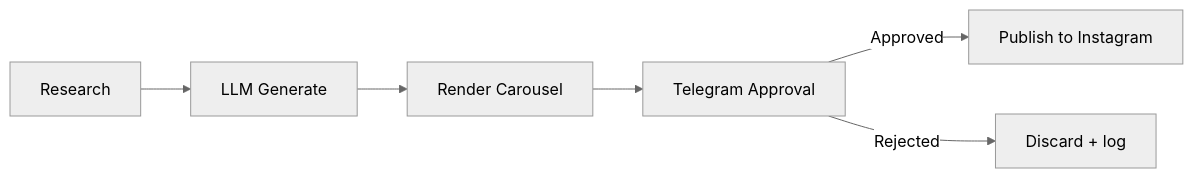
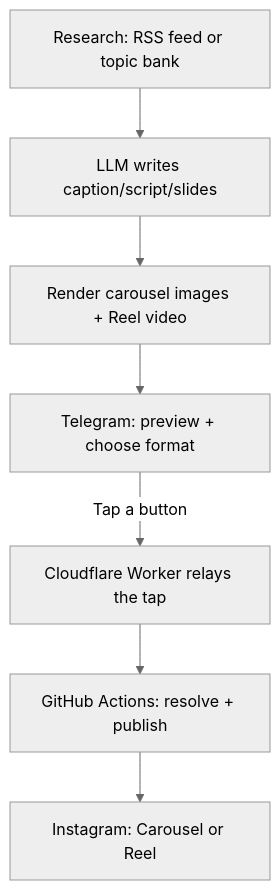
One commit to DNetwork-Services/SentinelPress changed the diagram in README.md. Above: the diagram before and after it, drawn with Mermaid (neutral theme). The commit also changed other lines of this file and 14 other files, not shown here.

````diff
--- a/README.md
+++ b/README.md
@@ -11,8 +22,9 @@
 ```mermaid
-flowchart LR
-    A[Research] --> B[LLM Generate]
-    B --> C[Render Carousel]
-    C --> D[Telegram Approval]
-    D -->|Approved| E[Publish to Instagram]
-    D -->|Rejected| F[Discard + log]
+flowchart TD
+    A[Research: RSS feed or topic bank] --> B[LLM writes caption/script/slides]
+    B --> C[Render carousel images + Reel video]
+    C --> D[Telegram: preview + choose format]
+    D -->|Tap a button| E[Cloudflare Worker relays the tap]
+    E --> F[GitHub Actions: resolve + publish]
+    F --> G[Instagram: Carousel or Reel]
 ```
````
